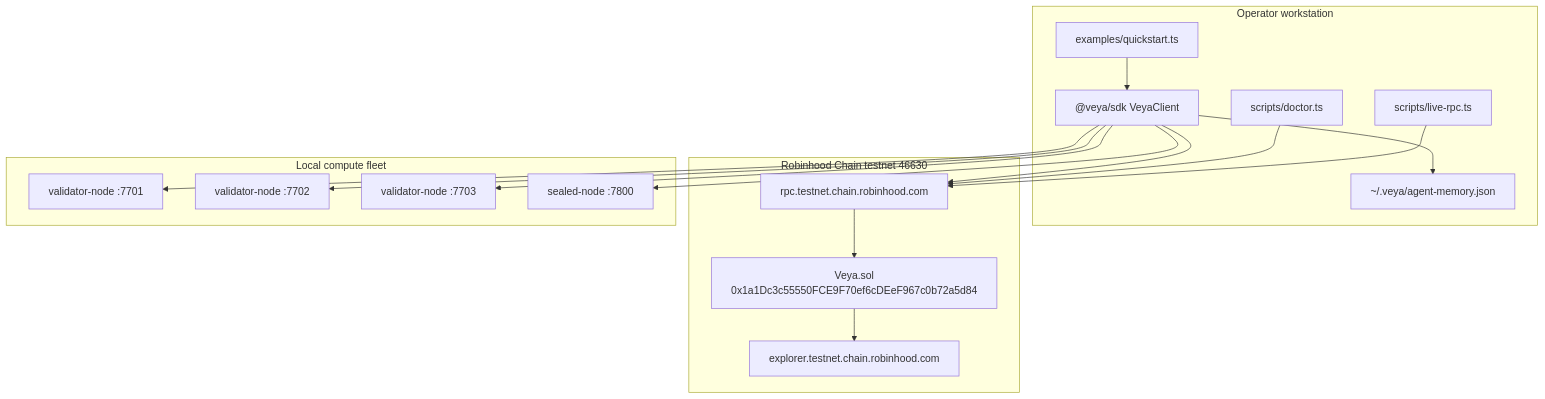
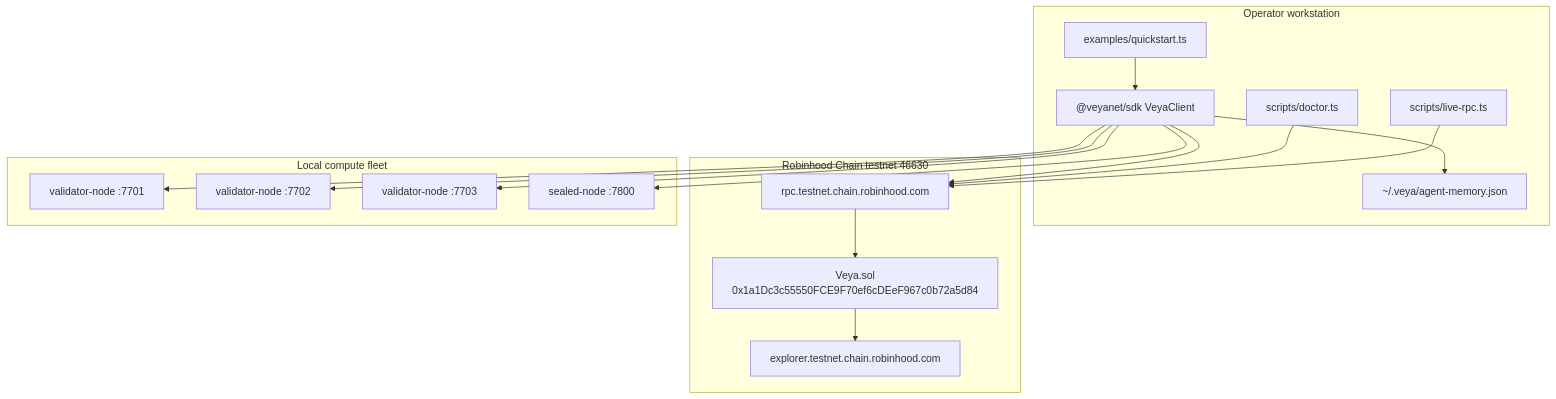
One commit to veyanet/veya-sdk changed the first of 2 diagrams in docs/DEPLOYMENT.md. Above: the diagram before and after it, drawn with Mermaid. The commit also changed other lines of this file and 34 other files, not shown here.

Commit message:
refactor(sdk): update package scope to @veyanet/sdk

````diff
--- a/docs/DEPLOYMENT.md
+++ b/docs/DEPLOYMENT.md
@@ -52,35 +52,35 @@
 ```mermaid
 flowchart TB
     subgraph Operator["Operator workstation"]
-        SDK["@veya/sdk VeyaClient"]
+        SDK["@veyanet/sdk VeyaClient"]
         EX["examples/quickstart.ts"]
         DOC["scripts/doctor.ts"]
         LIVE["scripts/live-rpc.ts"]
         MEM["~/.veya/agent-memory.json"]
     end
 
     subgraph Chain["Robinhood Chain testnet 46630"]
         RPC["rpc.testnet.chain.robinhood.com"]
         VEYA["Veya.sol\n0x1a1Dc3c55550FCE9F70ef6cDEeF967c0b72a5d84"]
         EXP["explorer.testnet.chain.robinhood.com"]
     end
 
     subgraph Compute["Local compute fleet"]
         V1["validator-node :7701"]
         V2["validator-node :7702"]
         V3["validator-node :7703"]
         Seal["sealed-node :7800"]
     end
 
     SDK --> RPC
     RPC --> VEYA
     VEYA --> EXP
     SDK --> V1
     SDK --> V2
     SDK --> V3
     SDK --> Seal
     SDK --> MEM
     DOC --> RPC
     LIVE --> RPC
     EX --> SDK
 ```
````
